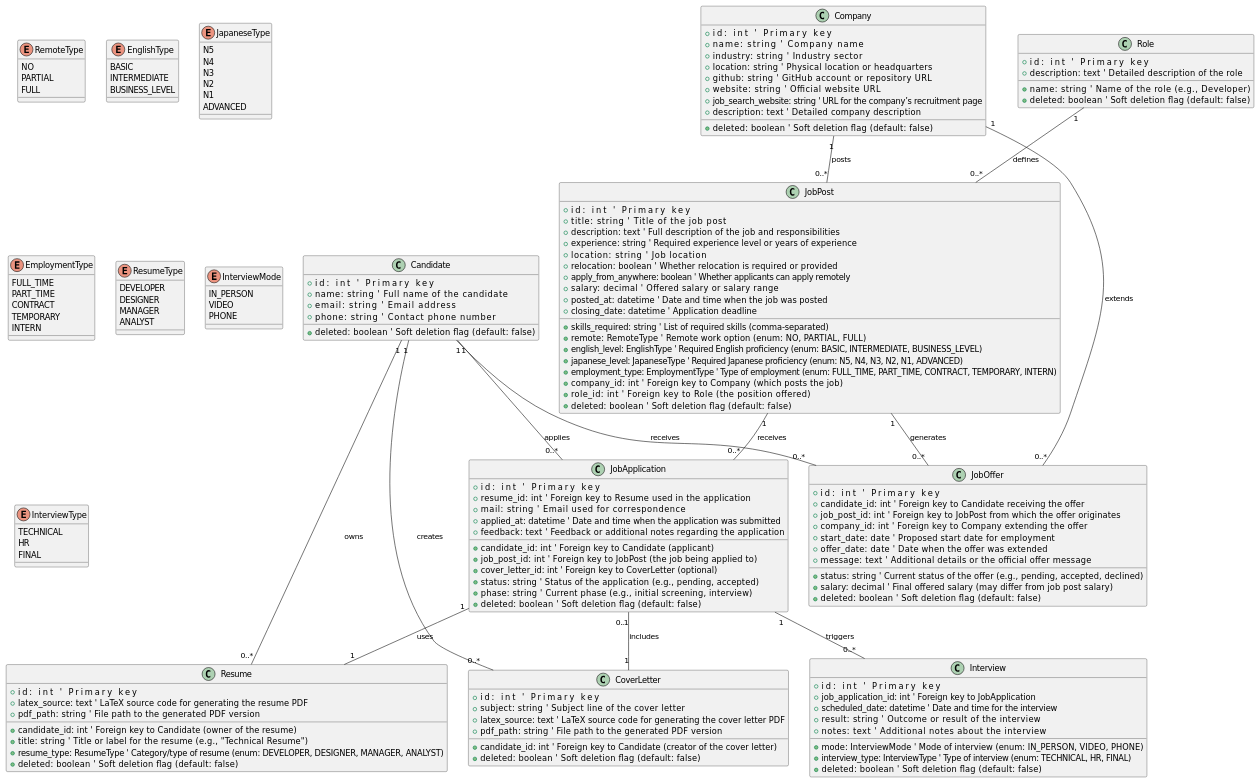
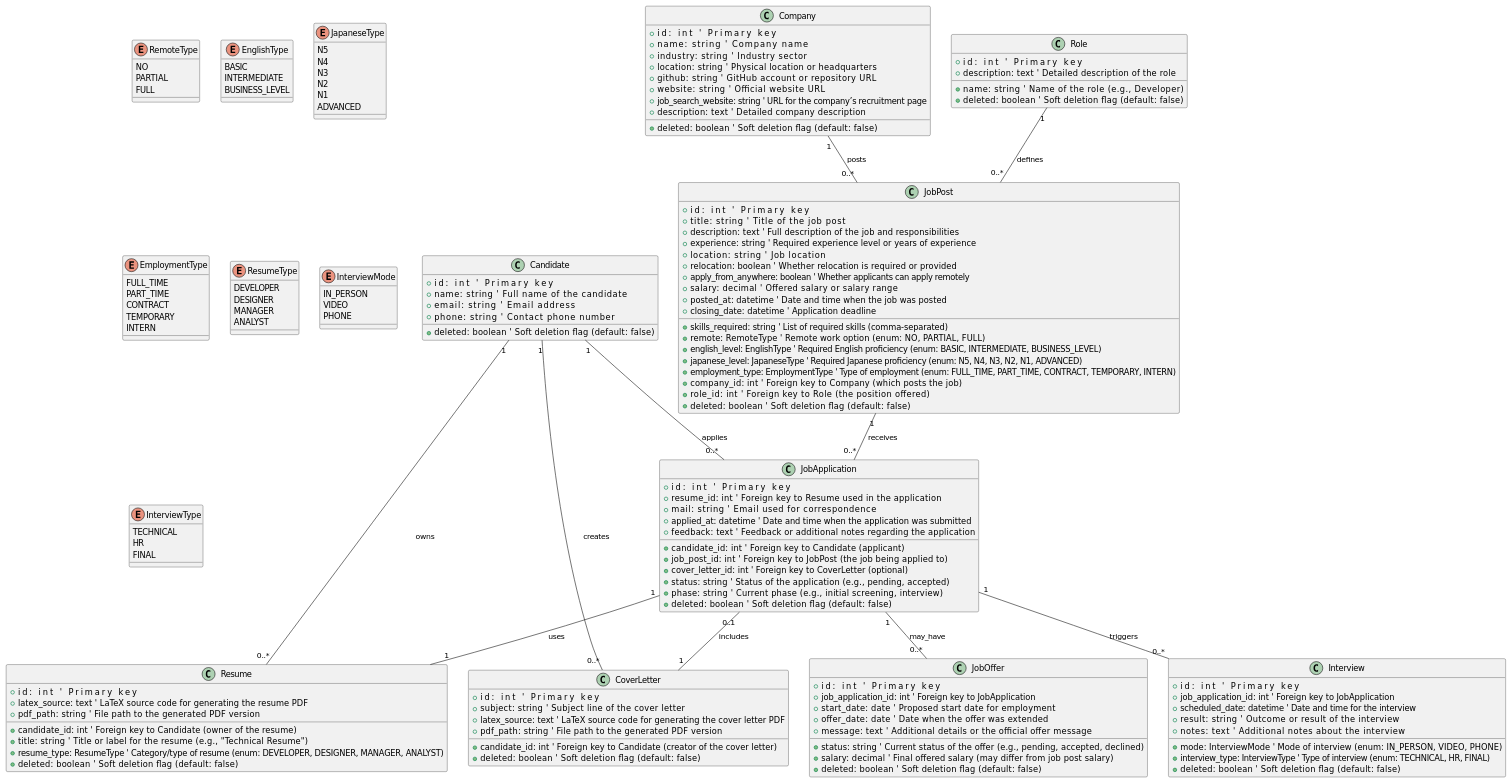
Before and after one commit to cryptrunner49/job-hunters: the diagram in docs/class_diagram.puml, drawn with PlantUML. The commit also changed 2 other files, not shown here.

Commit message:
Update class diagram

```diff
--- a/docs/class_diagram.puml
+++ b/docs/class_diagram.puml
@@ -1,184 +1,180 @@
 @startuml
 
 ' Candidate represents a user applying to jobs.
 class Candidate {
   + id: int                      ' Primary key
   + name: string                 ' Full name of the candidate
   + email: string                ' Email address
   + phone: string                ' Contact phone number
   + deleted: boolean             ' Soft deletion flag (default: false)
 }
 
 ' Company offers job posts and extends job offers.
 class Company {
   + id: int                      ' Primary key
   + name: string                 ' Company name
   + industry: string             ' Industry sector
   + location: string             ' Physical location or headquarters
   + github: string               ' GitHub account or repository URL
   + website: string              ' Official website URL
   + job_search_website: string   ' URL for the company’s recruitment page
   + description: text            ' Detailed company description
   + deleted: boolean             ' Soft deletion flag (default: false)
 }
 
 ' Role defines the position for a job post.
 class Role {
   + id: int                      ' Primary key
   + name: string                 ' Name of the role (e.g., Developer)
   + description: text            ' Detailed description of the role
   + deleted: boolean             ' Soft deletion flag (default: false)
 }
 
 ' JobPost represents a job posting on the platform.
 class JobPost {
   + id: int                      ' Primary key
   + title: string                ' Title of the job post
   + description: text            ' Full description of the job and responsibilities
   + skills_required: string      ' List of required skills (comma-separated)
   + experience: string           ' Required experience level or years of experience
   + location: string             ' Job location
   + relocation: boolean          ' Whether relocation is required or provided
   + apply_from_anywhere: boolean ' Whether applicants can apply remotely
   + remote: RemoteType           ' Remote work option (enum: NO, PARTIAL, FULL)
   + english_level: EnglishType   ' Required English proficiency (enum: BASIC, INTERMEDIATE, BUSINESS_LEVEL)
   + japanese_level: JapaneseType ' Required Japanese proficiency (enum: N5, N4, N3, N2, N1, ADVANCED)
   + salary: decimal              ' Offered salary or salary range
   + employment_type: EmploymentType ' Type of employment (enum: FULL_TIME, PART_TIME, CONTRACT, TEMPORARY, INTERN)
   + posted_at: datetime          ' Date and time when the job was posted
   + closing_date: datetime       ' Application deadline
   + company_id: int              ' Foreign key to Company (which posts the job)
   + role_id: int                 ' Foreign key to Role (the position offered)
   + deleted: boolean             ' Soft deletion flag (default: false)
 }
 
 ' Resume represents one of the candidate's CVs.
 class Resume {
   + id: int                      ' Primary key
   + candidate_id: int            ' Foreign key to Candidate (owner of the resume)
   + title: string                ' Title or label for the resume (e.g., "Technical Resume")
   + latex_source: text           ' LaTeX source code for generating the resume PDF
   + pdf_path: string             ' File path to the generated PDF version
   + resume_type: ResumeType      ' Category/type of resume (enum: DEVELOPER, DESIGNER, MANAGER, ANALYST)
   + deleted: boolean             ' Soft deletion flag (default: false)
 }
 
 ' CoverLetter represents a cover letter a candidate can create.
 class CoverLetter {
   + id: int                      ' Primary key
   + candidate_id: int            ' Foreign key to Candidate (creator of the cover letter)
   + subject: string              ' Subject line of the cover letter
   + latex_source: text           ' LaTeX source code for generating the cover letter PDF
   + pdf_path: string             ' File path to the generated PDF version
   + deleted: boolean             ' Soft deletion flag (default: false)
 }
 
 ' JobApplication links a candidate (with a Resume and an optional CoverLetter) to a JobPost.
 class JobApplication {
   + id: int                      ' Primary key
   + candidate_id: int            ' Foreign key to Candidate (applicant)
   + job_post_id: int             ' Foreign key to JobPost (the job being applied to)
   + resume_id: int               ' Foreign key to Resume used in the application
   + cover_letter_id: int         ' Foreign key to CoverLetter (optional)
   + status: string               ' Status of the application (e.g., pending, accepted)
   + phase: string                ' Current phase (e.g., initial screening, interview)
   + mail: string                 ' Email used for correspondence
   + applied_at: datetime         ' Date and time when the application was submitted
   + feedback: text               ' Feedback or additional notes regarding the application
   + deleted: boolean             ' Soft deletion flag (default: false)
 }
 
 ' Interview is scheduled for a JobApplication.
 class Interview {
   + id: int                      ' Primary key
   + job_application_id: int      ' Foreign key to JobApplication
   + scheduled_date: datetime     ' Date and time for the interview
   + result: string               ' Outcome or result of the interview
   + mode: InterviewMode          ' Mode of interview (enum: IN_PERSON, VIDEO, PHONE)
   + interview_type: InterviewType ' Type of interview (enum: TECHNICAL, HR, FINAL)
   + notes: text                  ' Additional notes about the interview
   + deleted: boolean             ' Soft deletion flag (default: false)
 }
 
 ' JobOffer represents the actual offer extended by a company.
 class JobOffer {
   + id: int                      ' Primary key
-  + candidate_id: int            ' Foreign key to Candidate receiving the offer
-  + job_post_id: int             ' Foreign key to JobPost from which the offer originates
-  + company_id: int              ' Foreign key to Company extending the offer
+  + job_application_id: int      ' Foreign key to JobApplication
   + status: string               ' Current status of the offer (e.g., pending, accepted, declined)
   + salary: decimal              ' Final offered salary (may differ from job post salary)
   + start_date: date             ' Proposed start date for employment
   + offer_date: date             ' Date when the offer was extended
   + message: text                ' Additional details or the official offer message
   + deleted: boolean             ' Soft deletion flag (default: false)
 }
 
 ' Enums definitions
 enum RemoteType {
   NO
   PARTIAL
   FULL
 }
 
 enum EnglishType {
   BASIC
   INTERMEDIATE
   BUSINESS_LEVEL
 }
 
 enum JapaneseType {
   N5
   N4
   N3
   N2
   N1
   ADVANCED
 }
 
 enum EmploymentType {
   FULL_TIME
   PART_TIME
   CONTRACT
   TEMPORARY
   INTERN
 }
 
 enum ResumeType {
   DEVELOPER
   DESIGNER
   MANAGER
   ANALYST
 }
 
 enum InterviewMode {
   IN_PERSON
   VIDEO
   PHONE
 }
 
 enum InterviewType {
   TECHNICAL
   HR
   FINAL
 }
 
 ' Define relationships
 Candidate "1" -- "0..*" Resume : owns
 Candidate "1" -- "0..*" CoverLetter : creates
 Candidate "1" -- "0..*" JobApplication : applies
-Candidate "1" -- "0..*" JobOffer : receives
 
 Company "1" -- "0..*" JobPost : posts
-Company "1" -- "0..*" JobOffer : extends
 
 Role "1" -- "0..*" JobPost : defines
 
 JobPost "1" -- "0..*" JobApplication : receives
-JobPost "1" -- "0..*" JobOffer : generates
 
 JobApplication "1" -- "1" Resume : uses
 JobApplication "0..1" -- "1" CoverLetter : includes
 JobApplication "1" -- "0..*" Interview : triggers
+JobApplication "1" -- "0..*" JobOffer : may_have
 
 @enduml
```
